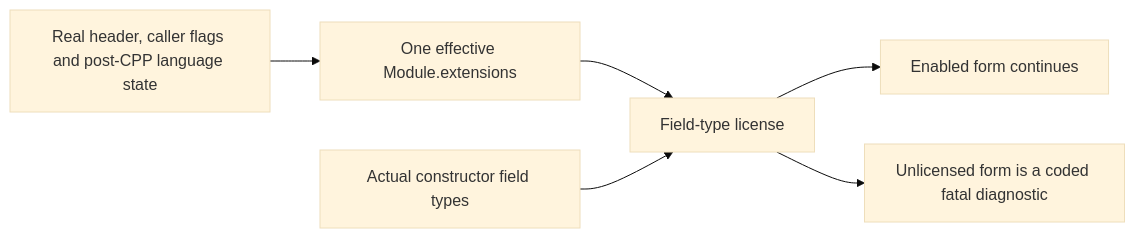
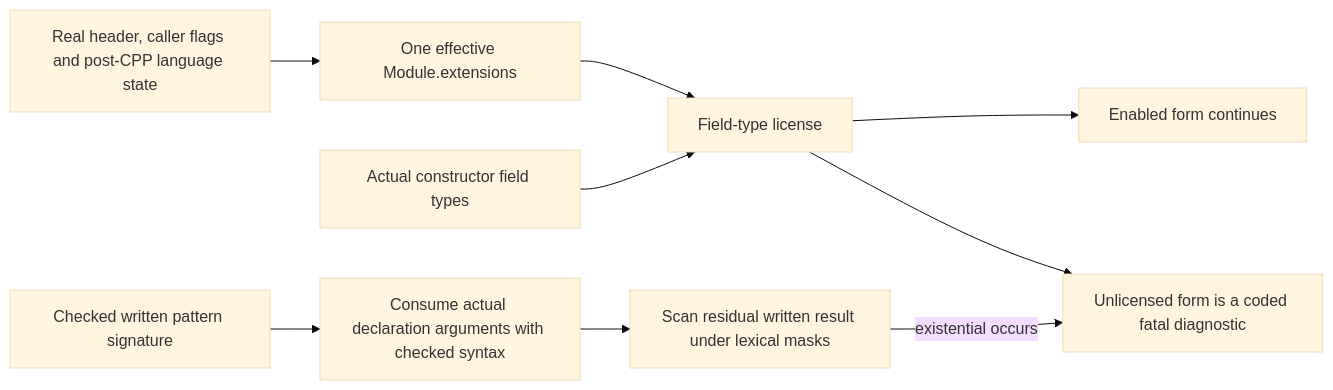
The second of 2 diagrams in spec-chirho/workflows-chirho/compiler-pipeline-chirho/declaration-validity-chirho.md (loveJesus/haskelujah-chirho), drawn with Mermaid (base theme) before and after one commit. The commit also changed other lines of this file and 6 other files, not shown here.

First line of the commit message:
fix(chirho): reject existential pattern results through checked aliases

````diff
--- a/spec-chirho/workflows-chirho/compiler-pipeline-chirho/declaration-validity-chirho.md
+++ b/spec-chirho/workflows-chirho/compiler-pipeline-chirho/declaration-validity-chirho.md
@@ -29,8 +33,11 @@
 ```mermaid
 flowchart LR
     language_chirho["Real header, caller flags and post-CPP language state"] --> flags_chirho["One effective Module.extensions"]
     flags_chirho --> license_chirho["Field-type license"]
     fields_chirho["Actual constructor field types"] --> license_chirho
     license_chirho --> allowed_chirho["Enabled form continues"]
     license_chirho --> refused_chirho["Unlicensed form is a coded fatal diagnostic"]
+    signature_chirho["Checked written pattern signature"] --> arity_chirho["Consume actual declaration arguments with checked syntax"]
+    arity_chirho --> result_chirho["Scan residual written result under lexical masks"]
+    result_chirho -->|existential occurs| refused_chirho
 ```
````
